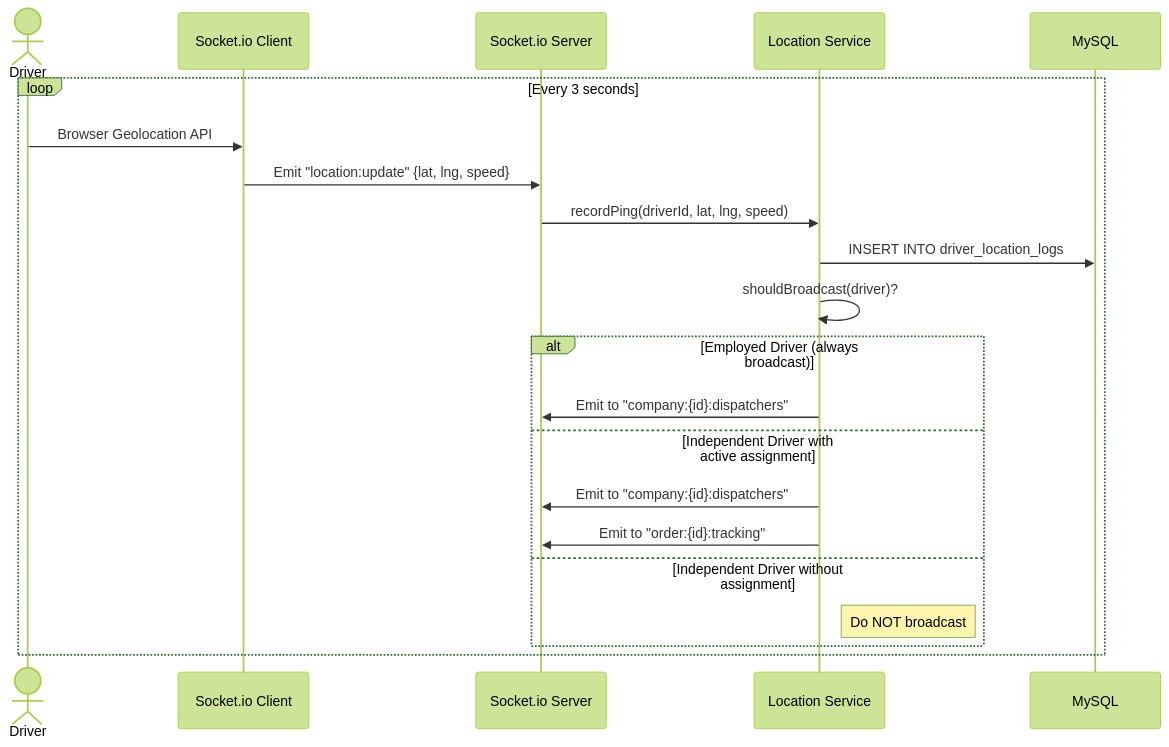
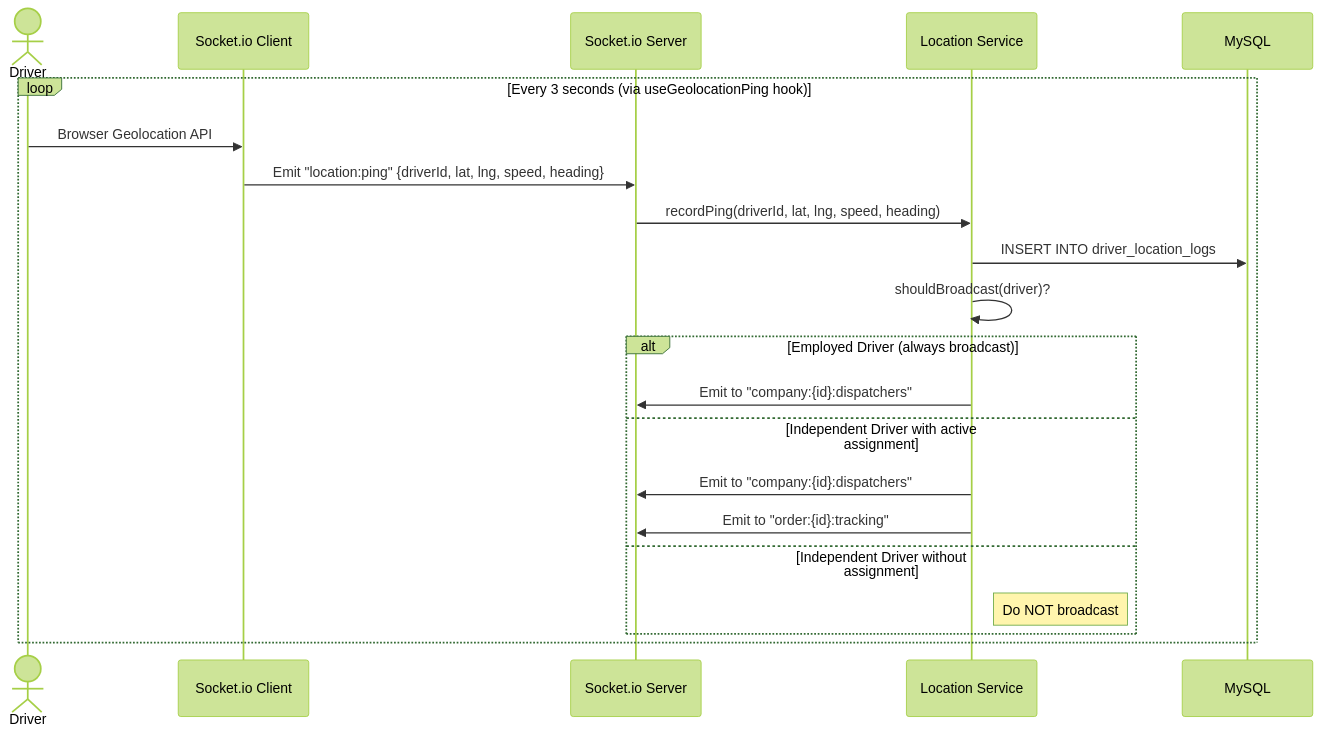
One commit to arsh342/dispatchCore changed the ninth of 13 diagrams in docs/system_design.md. Above: the diagram before and after it, drawn with Mermaid (forest theme). The commit also changed other lines of this file and 94 other files, not shown here.

````diff
--- a/docs/system_design.md
+++ b/docs/system_design.md
@@ -681,25 +620,25 @@
 ```mermaid
 sequenceDiagram
     actor DR as Driver
     participant WSC as Socket.io Client
     participant WSS as Socket.io Server
     participant LS as Location Service
     participant DB as MySQL
 
-    loop Every 3 seconds
+    loop Every 3 seconds (via useGeolocationPing hook)
         DR->>WSC: Browser Geolocation API
-        WSC->>WSS: Emit "location:update" {lat, lng, speed}
-        WSS->>LS: recordPing(driverId, lat, lng, speed)
+        WSC->>WSS: Emit "location:ping" {driverId, lat, lng, speed, heading}
+        WSS->>LS: recordPing(driverId, lat, lng, speed, heading)
         LS->>DB: INSERT INTO driver_location_logs
         LS->>LS: shouldBroadcast(driver)?
 
         alt Employed Driver (always broadcast)
             LS->>WSS: Emit to "company:{id}:dispatchers"
         else Independent Driver with active assignment
             LS->>WSS: Emit to "company:{id}:dispatchers"
             LS->>WSS: Emit to "order:{id}:tracking"
         else Independent Driver without assignment
             Note right of LS: Do NOT broadcast
         end
     end
 ```
````
